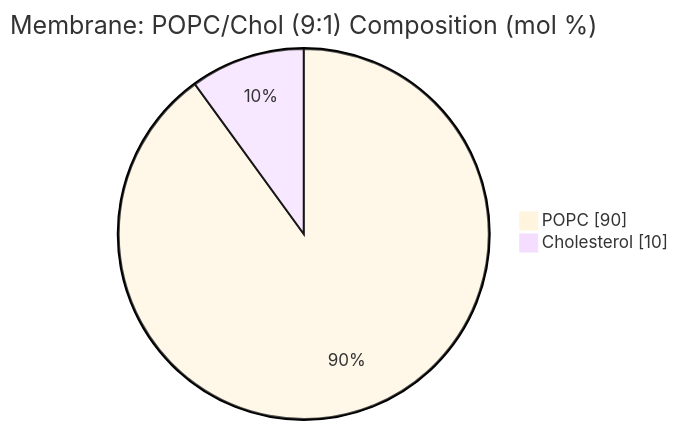
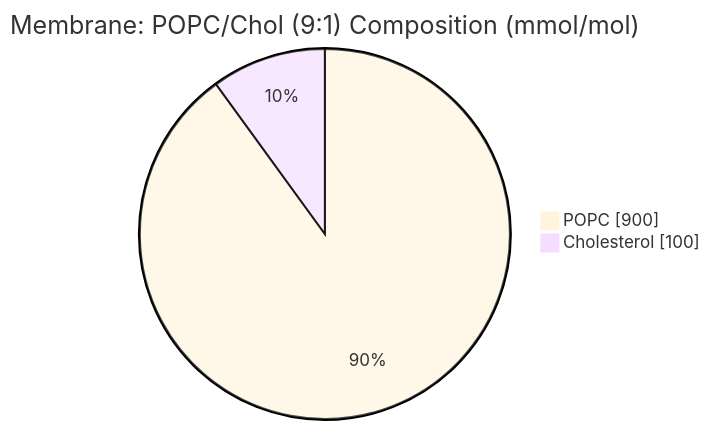
The first of 2 diagrams in docs/modules/membrane-popc-chol-9-1/spec.md (nucleus-eng/nucleus-docs), drawn with Mermaid before and after one commit. The commit also changed other lines of this file and 88 other files, not shown here.

````diff
--- a/docs/modules/membrane-popc-chol-9-1/spec.md
+++ b/docs/modules/membrane-popc-chol-9-1/spec.md
@@ -22,7 +22,7 @@
 ```mermaid
 %%{init: {'theme': 'base', 'themeVariables': {'lineColor': '#555555', 'edgeLabelBackground': '#ffffff'}}}%%
 pie showData
-    title Membrane: POPC/Chol (9:1) Composition (mol %)
-    "POPC" : 90
-    "Cholesterol" : 10
+    title Membrane: POPC/Chol (9:1) Composition (mmol/mol)
+    "POPC" : 900
+    "Cholesterol" : 100
 ```
````
